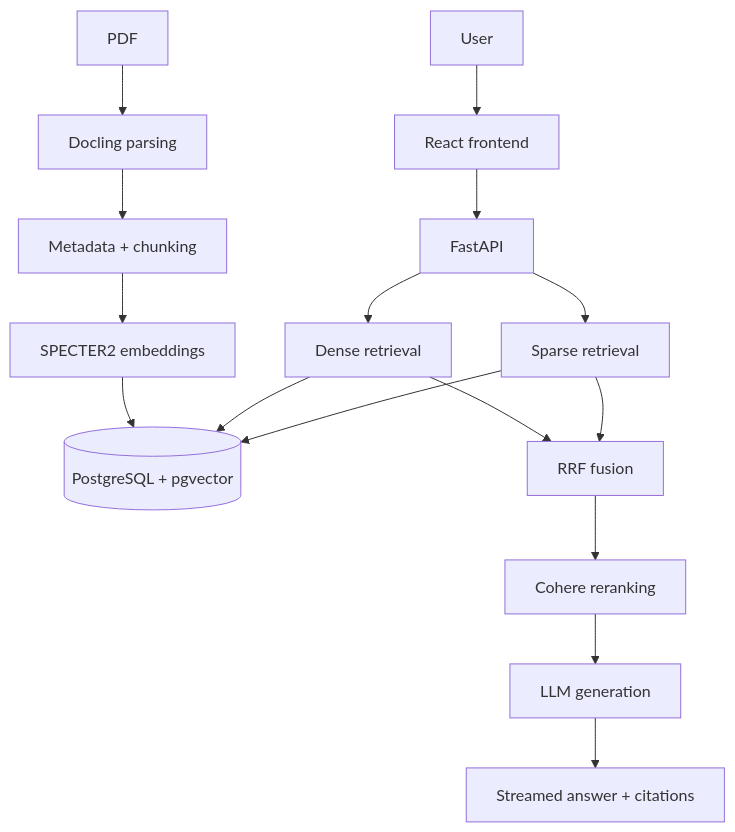
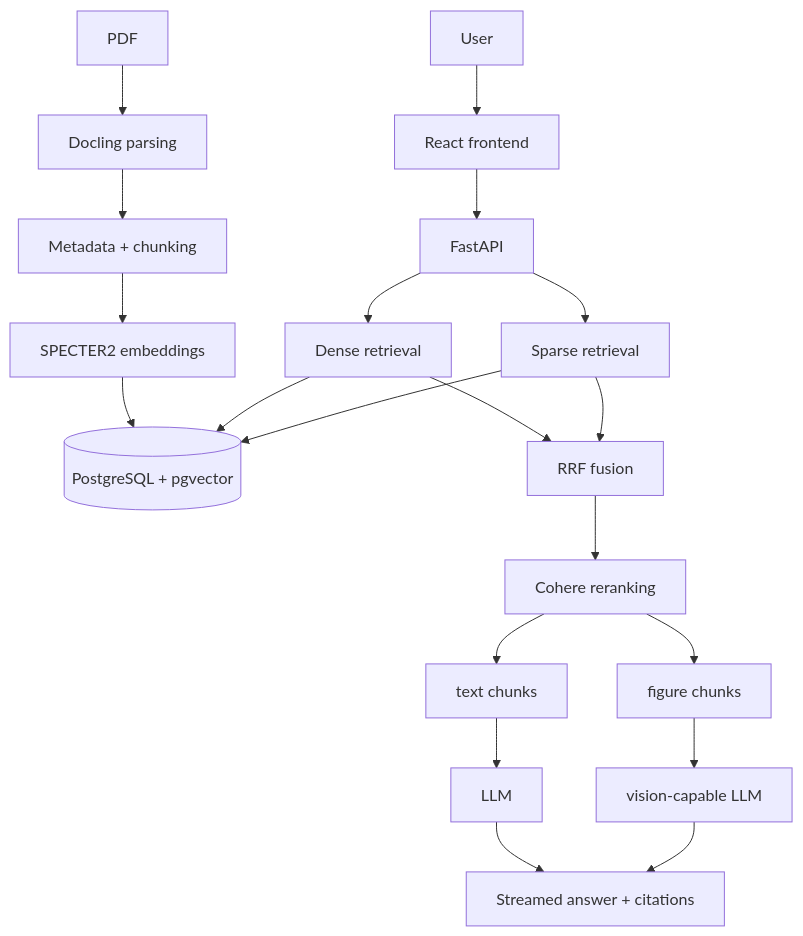
The diagram in README.md (Rupinder51120/Anthology), drawn with Mermaid before and after one commit. The commit also changed other lines of this file, not shown here.

Commit message:
docs: update README for multimodal RAG

````diff
--- a/README.md
+++ b/README.md
@@ -7,19 +7,21 @@
 ```mermaid
 flowchart TD
     PDF[PDF] --> DOC[Docling parsing]
     DOC --> CHUNK[Metadata + chunking]
     CHUNK --> EMBED[SPECTER2 embeddings]
     EMBED --> PG[(PostgreSQL + pgvector)]
 
     USER[User] --> UI[React frontend]
     UI --> API[FastAPI]
     API --> DENSE[Dense retrieval]
     API --> SPARSE[Sparse retrieval]
     DENSE --> PG
     SPARSE --> PG
     DENSE --> RRF[RRF fusion]
     SPARSE --> RRF
     RRF --> RERANK[Cohere reranking]
-    RERANK --> LLM[LLM generation]
+    RERANK --> TEXT[text chunks] --> LLM[LLM]
+    RERANK --> FIG[figure chunks] --> VLLM[vision-capable LLM]
     LLM --> OUT[Streamed answer + citations]
+    VLLM --> OUT
 ```
````
